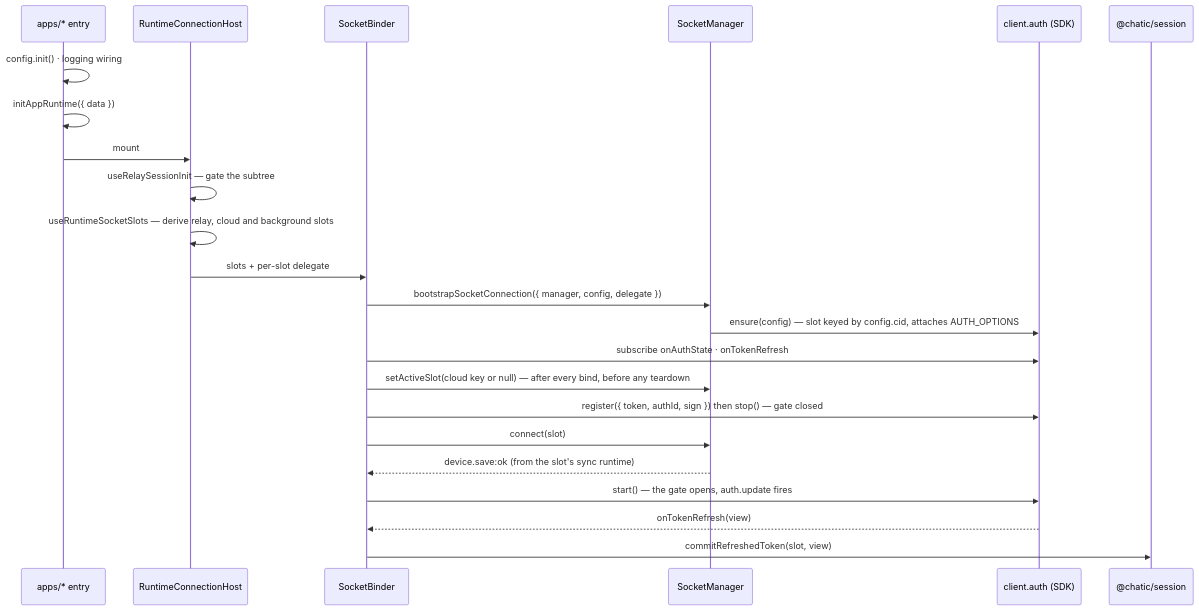
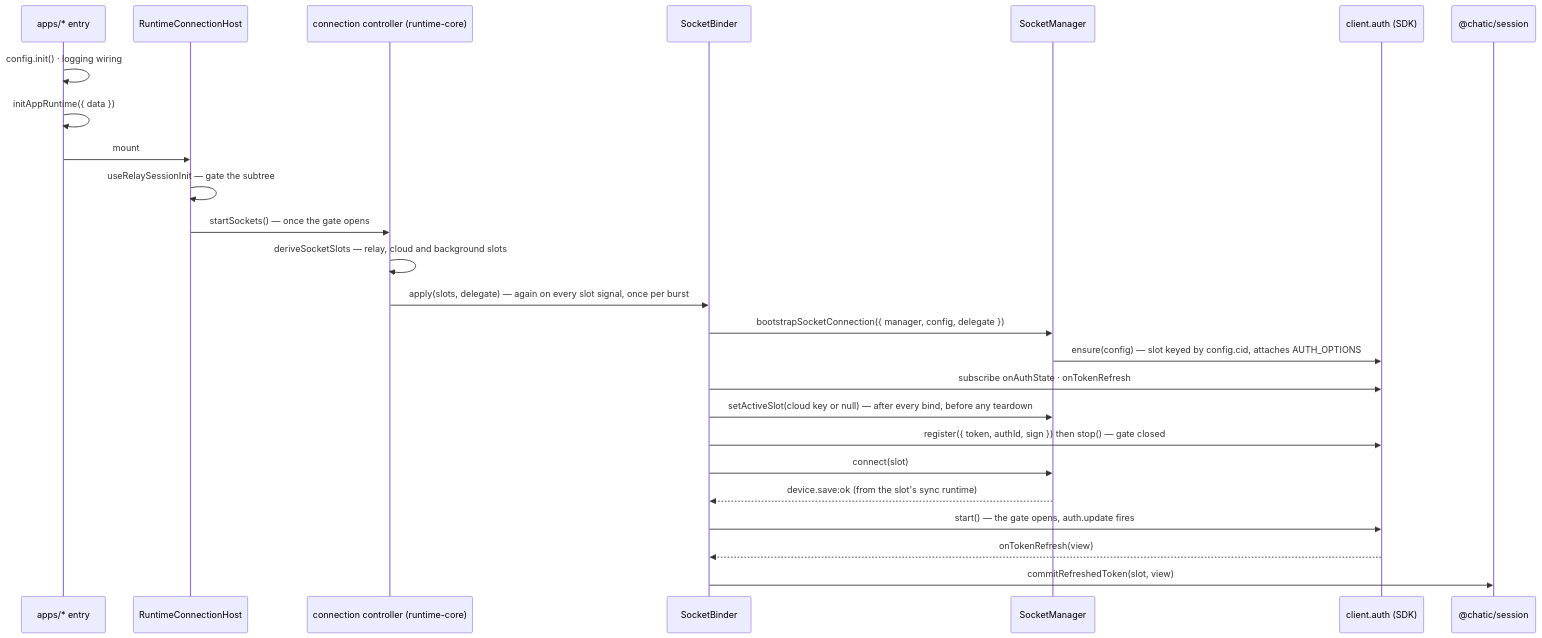
Before and after one commit to lemoncloud-io/dou-app: the second of 2 diagrams in libs/app-runtime/README.md, drawn with Mermaid. The commit also changed other lines of this file and 51 other files, not shown here.

First line of the commit message:
refactor(runtime-core,app-runtime): keep the connections with a controller outside react (ADR-0306)

````diff
--- a/libs/app-runtime/README.md
+++ b/libs/app-runtime/README.md
@@ -160,26 +162,28 @@
 ```mermaid
 sequenceDiagram
     participant App as apps/* entry
     participant Host as RuntimeConnectionHost
+    participant C as connection controller (runtime-core)
     participant B as SocketBinder
     participant M as SocketManager
     participant A as client.auth (SDK)
     participant S as @chatic/session
 
     App->>App: config.init() · logging wiring
     App->>App: initAppRuntime({ data })
     App->>Host: mount
     Host->>Host: useRelaySessionInit — gate the subtree
-    Host->>Host: useRuntimeSocketSlots — derive relay, cloud and background slots
-    Host->>B: slots + per-slot delegate
+    Host->>C: startSockets() — once the gate opens
+    C->>C: deriveSocketSlots — relay, cloud and background slots
+    C->>B: apply(slots, delegate) — again on every slot signal, once per burst
     B->>M: bootstrapSocketConnection({ manager, config, delegate })
     M->>A: ensure(config) — slot keyed by config.cid, attaches AUTH_OPTIONS
     B->>A: subscribe onAuthState · onTokenRefresh
     B->>M: setActiveSlot(cloud key or null) — after every bind, before any teardown
     B->>A: register({ token, authId, sign }) then stop() — gate closed
     B->>M: connect(slot)
     M-->>B: device.save:ok (from the slot's sync runtime)
     B->>A: start() — the gate opens, auth.update fires
     A-->>B: onTokenRefresh(view)
     B->>S: commitRefreshedToken(slot, view)
 ```
````
